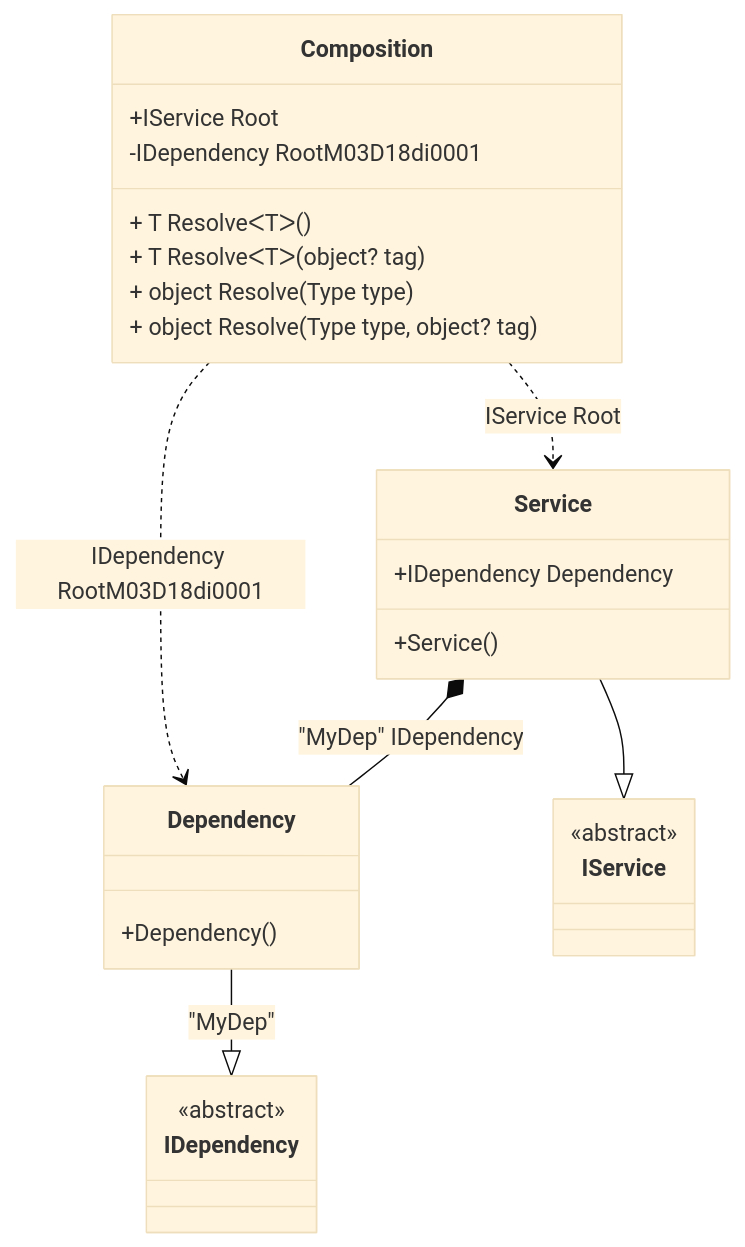
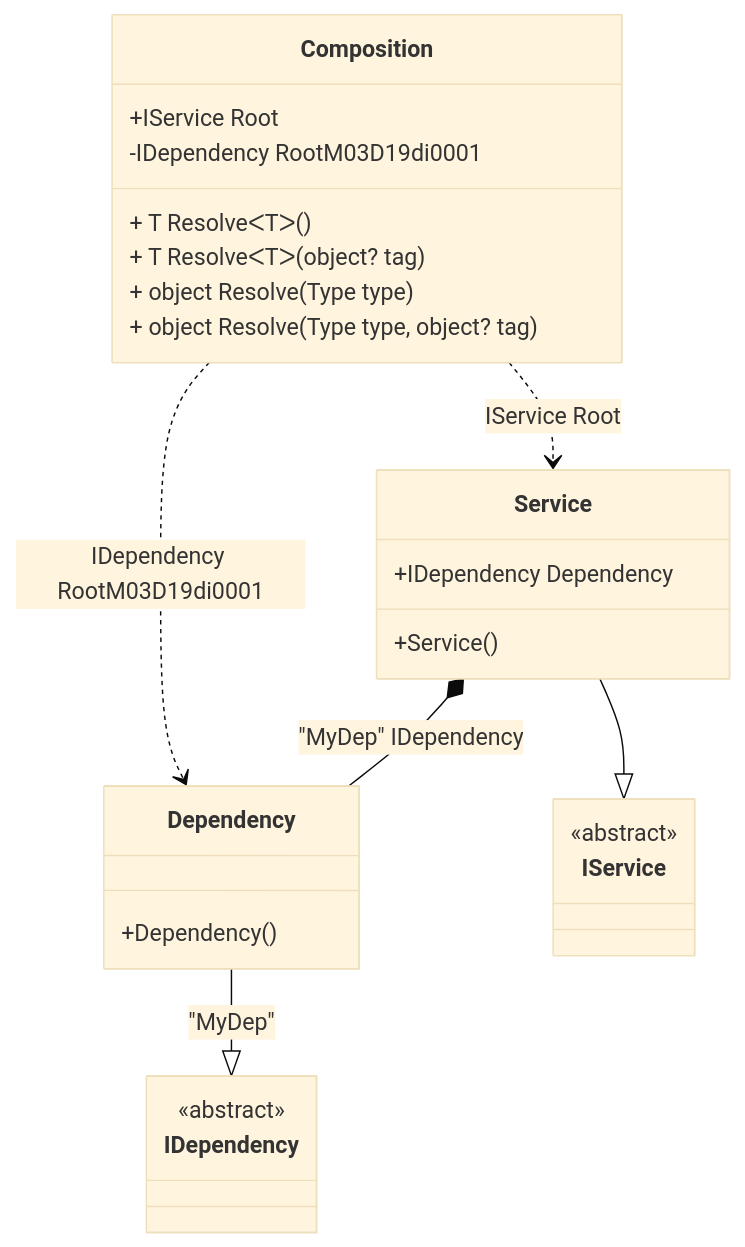
Before and after one commit to DevTeam/Pure.DI: the diagram in readme/check-for-a-root.md, drawn with Mermaid (base theme). The commit also changed other lines of this file and 75 other files, not shown here.

````diff
--- a/readme/check-for-a-root.md
+++ b/readme/check-for-a-root.md
@@ -63,29 +63,29 @@
 ```mermaid
 classDiagram
   class Composition {
     +IService Root
-    -IDependency RootM03D18di0001
+    -IDependency RootM03D19di0001
     + T ResolveᐸTᐳ()
     + T ResolveᐸTᐳ(object? tag)
     + object Resolve(Type type)
     + object Resolve(Type type, object? tag)
   }
   Dependency --|> IDependency : "MyDep" 
   class Dependency {
     +Dependency()
   }
   Service --|> IService : 
   class Service {
     +Service()
     +IDependency Dependency
   }
   class IDependency {
     <<abstract>>
   }
   class IService {
     <<abstract>>
   }
   Service *--  Dependency : "MyDep"  IDependency
-  Composition ..> Dependency : IDependency RootM03D18di0001
+  Composition ..> Dependency : IDependency RootM03D19di0001
   Composition ..> Service : IService Root
 ```
````
